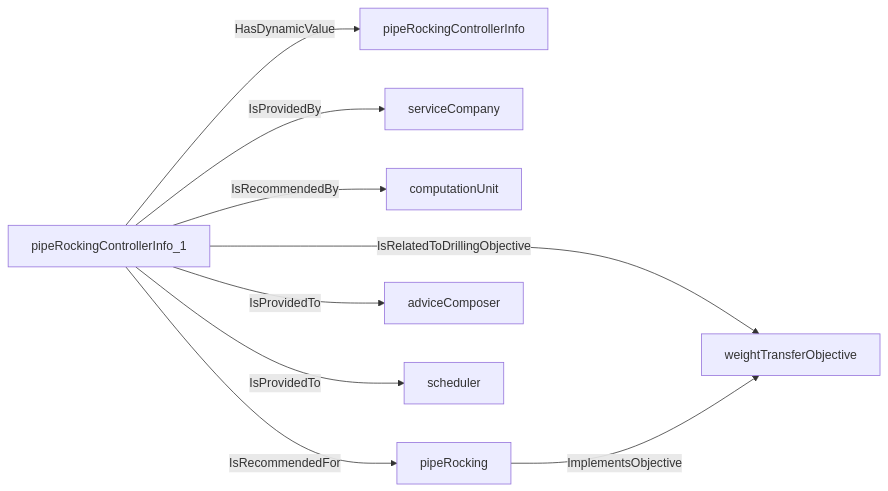
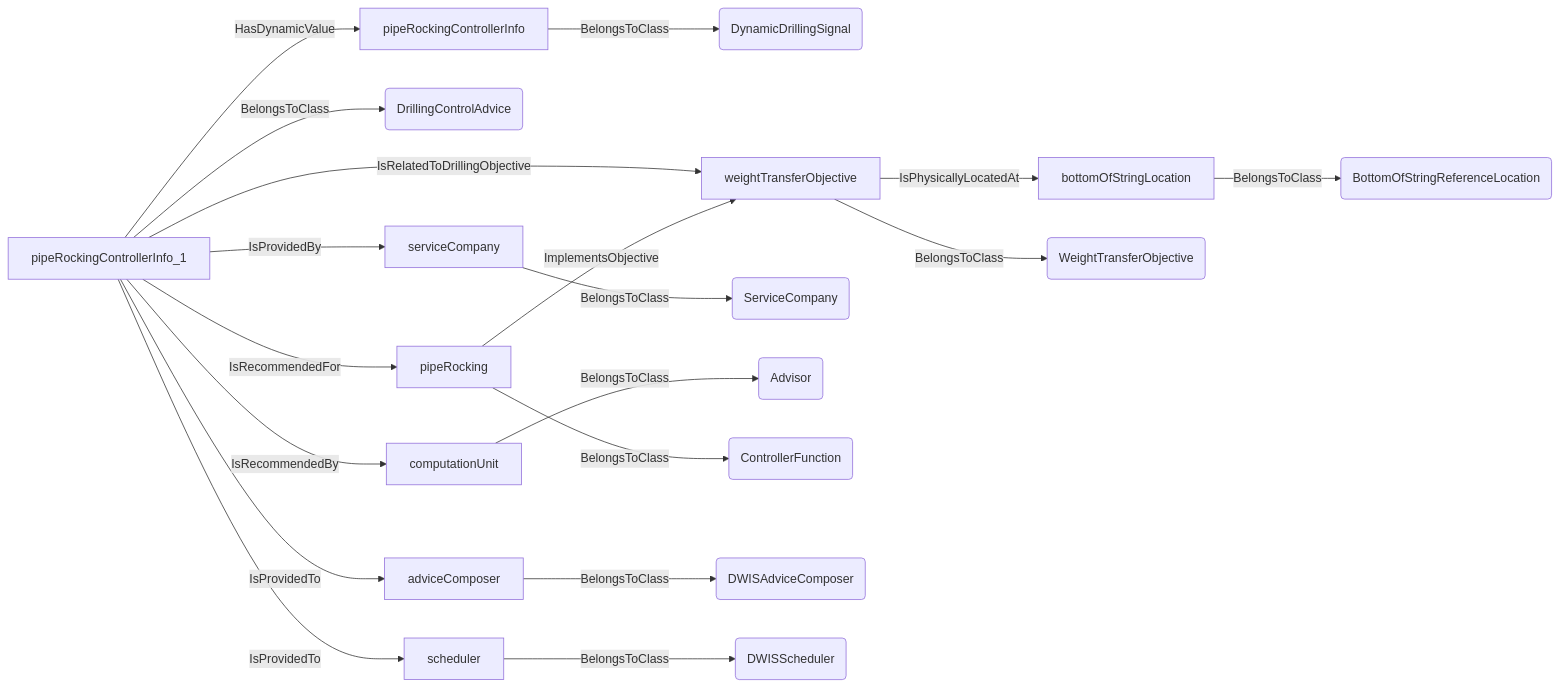
One commit to D-WIS/DDHub-Semantic-Interoperability changed the sixth of 10 diagrams in docs/vocabulary_development/auto-generated/md/definition-files/DrillingObjective.md. Above: the diagram before and after it, drawn with Mermaid. The commit also changed other lines of this file and 14 other files, not shown here.

````diff
--- a/docs/vocabulary_development/auto-generated/md/definition-files/DrillingObjective.md
+++ b/docs/vocabulary_development/auto-generated/md/definition-files/DrillingObjective.md
@@ -350,11 +479,21 @@
 ```mermaid
 graph LR
-	N0000[pipeRockingControllerInfo_1] -->|HasDynamicValue| N0001[pipeRockingControllerInfo] 
-	N0000[pipeRockingControllerInfo_1] -->|IsRelatedToDrillingObjective| N0002[weightTransferObjective] 
-	N0000[pipeRockingControllerInfo_1] -->|IsProvidedBy| N0003[serviceCompany] 
-	N0000[pipeRockingControllerInfo_1] -->|IsRecommendedBy| N0004[computationUnit] 
-	N0005[pipeRocking] -->|ImplementsObjective| N0002[weightTransferObjective] 
-	N0000[pipeRockingControllerInfo_1] -->|IsRecommendedFor| N0005[pipeRocking] 
-	N0000[pipeRockingControllerInfo_1] -->|IsProvidedTo| N0006[adviceComposer] 
-	N0000[pipeRockingControllerInfo_1] -->|IsProvidedTo| N0007[scheduler] 
+	N0000[pipeRockingControllerInfo] -->|BelongsToClass| N0001(DynamicDrillingSignal) 
+	N0002[pipeRockingControllerInfo_1] -->|BelongsToClass| N0003(DrillingControlAdvice) 
+	N0002[pipeRockingControllerInfo_1] -->|HasDynamicValue| N0000[pipeRockingControllerInfo] 
+	N0004[bottomOfStringLocation] -->|BelongsToClass| N0005(BottomOfStringReferenceLocation) 
+	N0006[weightTransferObjective] -->|BelongsToClass| N0007(WeightTransferObjective) 
+	N0006[weightTransferObjective] -->|IsPhysicallyLocatedAt| N0004[bottomOfStringLocation] 
+	N0002[pipeRockingControllerInfo_1] -->|IsRelatedToDrillingObjective| N0006[weightTransferObjective] 
+	N0008[serviceCompany] -->|BelongsToClass| N0009(ServiceCompany) 
+	N0002[pipeRockingControllerInfo_1] -->|IsProvidedBy| N0008[serviceCompany] 
+	N0010[computationUnit] -->|BelongsToClass| N0011(Advisor) 
+	N0002[pipeRockingControllerInfo_1] -->|IsRecommendedBy| N0010[computationUnit] 
+	N0012[pipeRocking] -->|BelongsToClass| N0013(ControllerFunction) 
+	N0012[pipeRocking] -->|ImplementsObjective| N0006[weightTransferObjective] 
+	N0002[pipeRockingControllerInfo_1] -->|IsRecommendedFor| N0012[pipeRocking] 
+	N0014[adviceComposer] -->|BelongsToClass| N0015(DWISAdviceComposer) 
+	N0002[pipeRockingControllerInfo_1] -->|IsProvidedTo| N0014[adviceComposer] 
+	N0016[scheduler] -->|BelongsToClass| N0017(DWISScheduler) 
+	N0002[pipeRockingControllerInfo_1] -->|IsProvidedTo| N0016[scheduler] 
 ```
````
